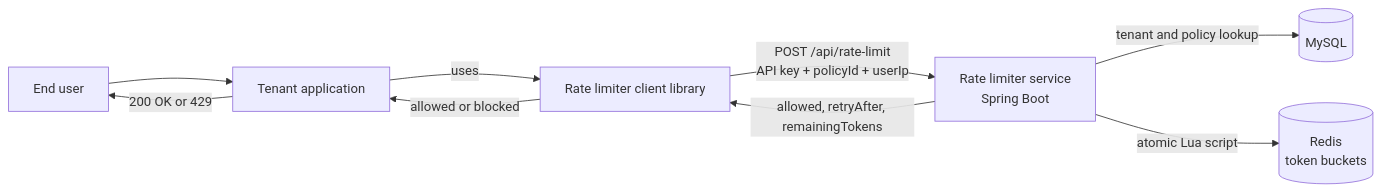
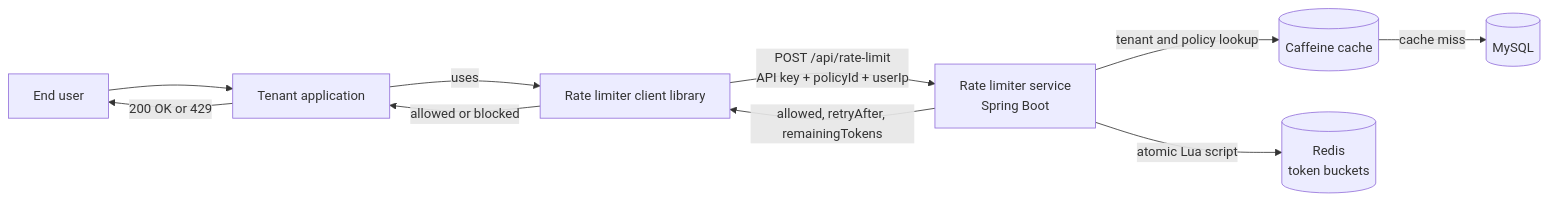
Before and after one commit to ayushkr2706/ayush_rate_limiter_nsec: the diagram in README.md, drawn with Mermaid. The commit also changed other lines of this file, not shown here.

First line of the commit message:
Added Caffeine caching details to README

````diff
--- a/README.md
+++ b/README.md
@@ -40,11 +41,12 @@
 ```mermaid
 flowchart LR
     U[End user] --> T[Tenant application]
     T -->|uses| L[Rate limiter client library]
     L -->|POST /api/rate-limit<br/>API key + policyId + userIp| S[Rate limiter service<br/>Spring Boot]
-    S -->|tenant and policy lookup| M[(MySQL)]
+    S -->|tenant and policy lookup| C[(Caffeine cache)]
+    C -->|cache miss| M[(MySQL)]
     S -->|atomic Lua script| R[(Redis<br/>token buckets)]
     S -->|allowed, retryAfter, remainingTokens| L
     L -->|allowed or blocked| T
     T -->|200 OK or 429| U
 ```
````
